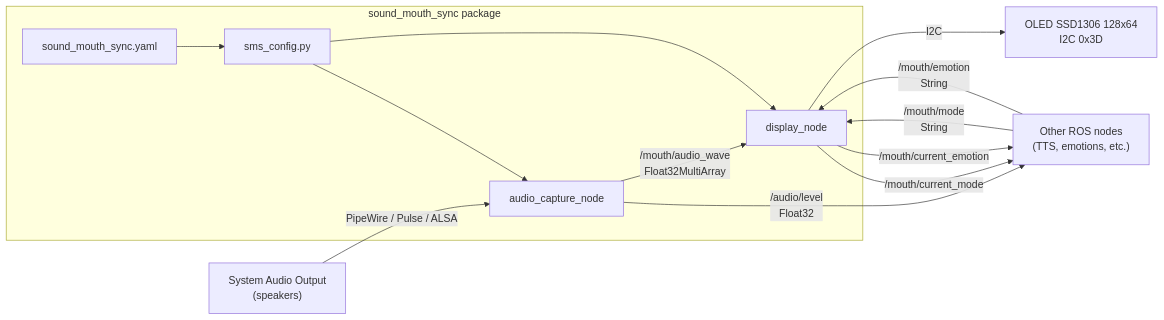
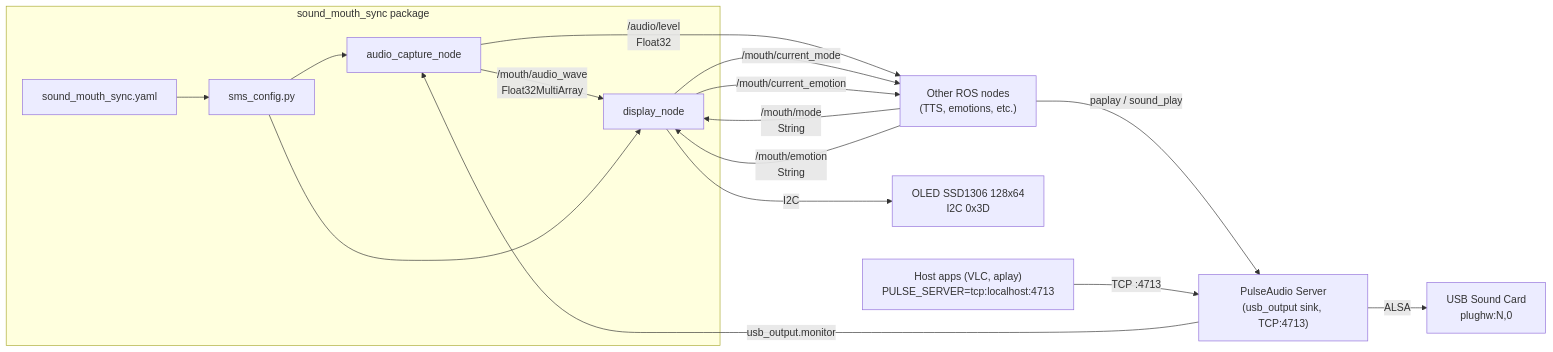
Before and after one commit to KillzoneCC/sound_mouth_sync: the first of 4 diagrams in doc/ARCHITECTURE.md, drawn with Mermaid. The commit also changed other lines of this file and 6 other files, not shown here.

First line of the commit message:
PulseAudio TCP: доступ для хоста + документация для разработчиков

````diff
--- a/doc/ARCHITECTURE.md
+++ b/doc/ARCHITECTURE.md
@@ -7,25 +7,30 @@
 ```mermaid
 graph LR
     subgraph soundMouthSync [sound_mouth_sync package]
         ACN[audio_capture_node]
         DN[display_node]
         CFG[sms_config.py]
         YAML[sound_mouth_sync.yaml]
     end
 
-    SystemAudio["System Audio Output<br/>(speakers)"]
+    HostApps["Host apps (VLC, aplay)<br/>PULSE_SERVER=tcp:localhost:4713"]
     OLED["OLED SSD1306 128x64<br/>I2C 0x3D"]
+    USB["USB Sound Card<br/>plughw:N,0"]
     OtherNodes["Other ROS nodes<br/>(TTS, emotions, etc.)"]
+    PA["PulseAudio Server<br/>(usb_output sink, TCP:4713)"]
 
-    SystemAudio -->|"PipeWire / Pulse / ALSA"| ACN
+    OtherNodes -->|"paplay / sound_play"| PA
+    HostApps -->|"TCP :4713"| PA
+    PA -->|"ALSA"| USB
+    PA -->|"usb_output.monitor"| ACN
     ACN -->|"/mouth/audio_wave<br/>Float32MultiArray"| DN
     ACN -->|"/audio/level<br/>Float32"| OtherNodes
     OtherNodes -->|"/mouth/mode<br/>String"| DN
     OtherNodes -->|"/mouth/emotion<br/>String"| DN
     DN -->|"I2C"| OLED
     DN -->|"/mouth/current_mode"| OtherNodes
     DN -->|"/mouth/current_emotion"| OtherNodes
     YAML --> CFG
     CFG --> ACN
     CFG --> DN
 ```
````
